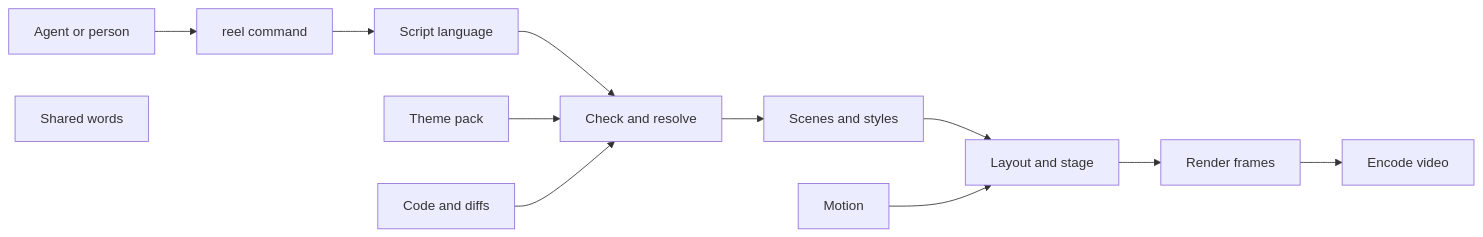
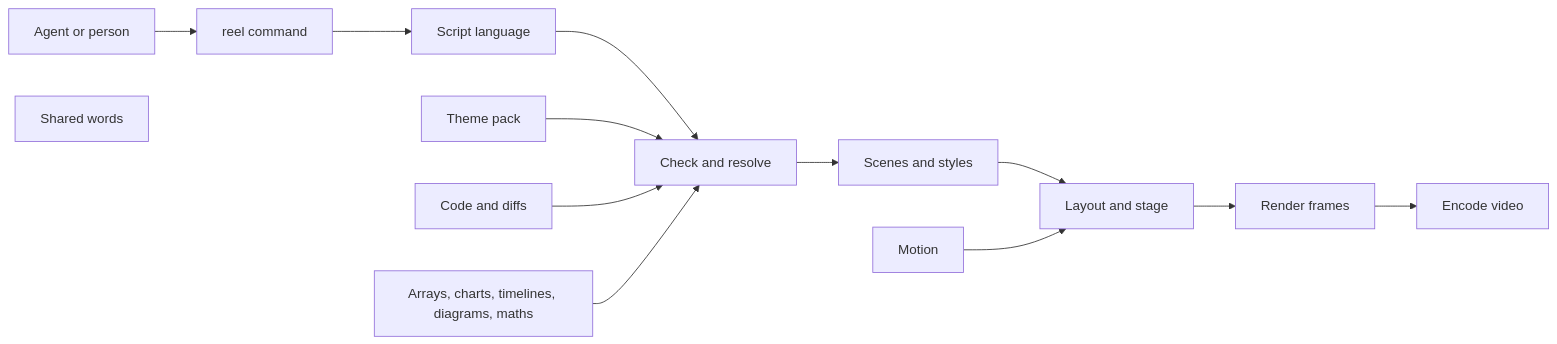
The diagram in docs/state/README.md (nessalabs/nessa-video), drawn with Mermaid before and after one commit. The commit also changed other lines of this file and 26 other files, not shown here.

First line of the commit message:
Add arrays, charts, timelines, Mermaid flowcharts and maths

````diff
--- a/docs/state/README.md
+++ b/docs/state/README.md
@@ -35,14 +36,15 @@
 ```mermaid
 flowchart LR
     Agent[Agent or person] --> CLI[reel command]
     CLI --> Script[Script language]
     Script --> Resolve[Check and resolve]
     Theme[Theme pack] --> Resolve
     Code[Code and diffs] --> Resolve
+    Data[Arrays, charts, timelines, diagrams, maths] --> Resolve
     Resolve --> Composition[Scenes and styles]
     Composition --> Stage[Layout and stage]
     Motion[Motion] --> Stage
     Stage --> Render[Render frames]
     Render --> Encode[Encode video]
     Words[Shared words]
 ```
````
